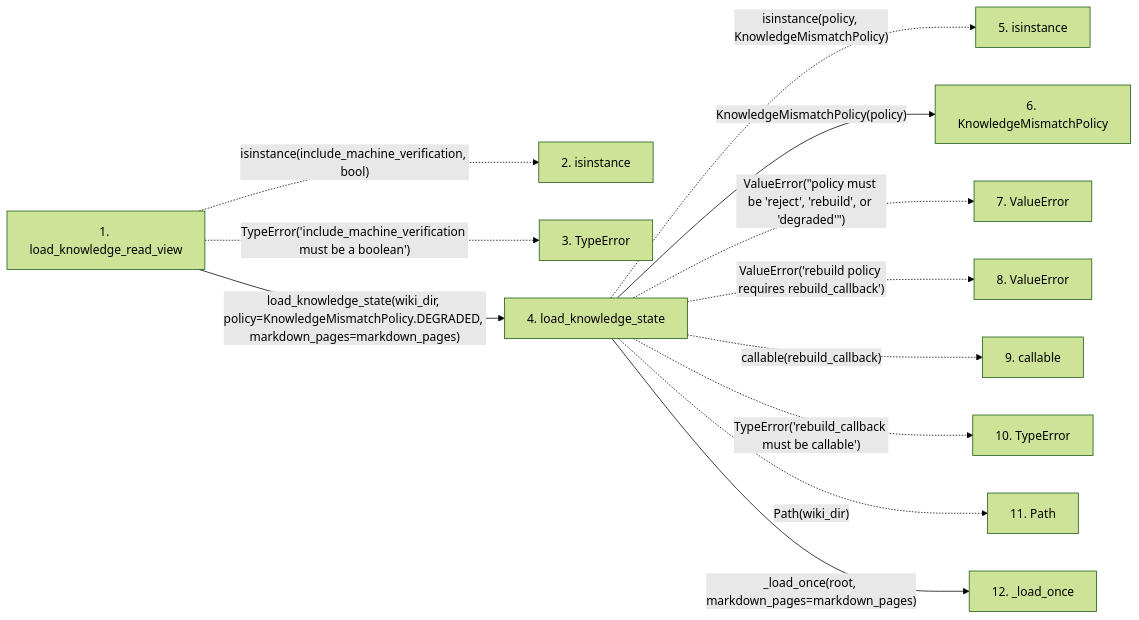
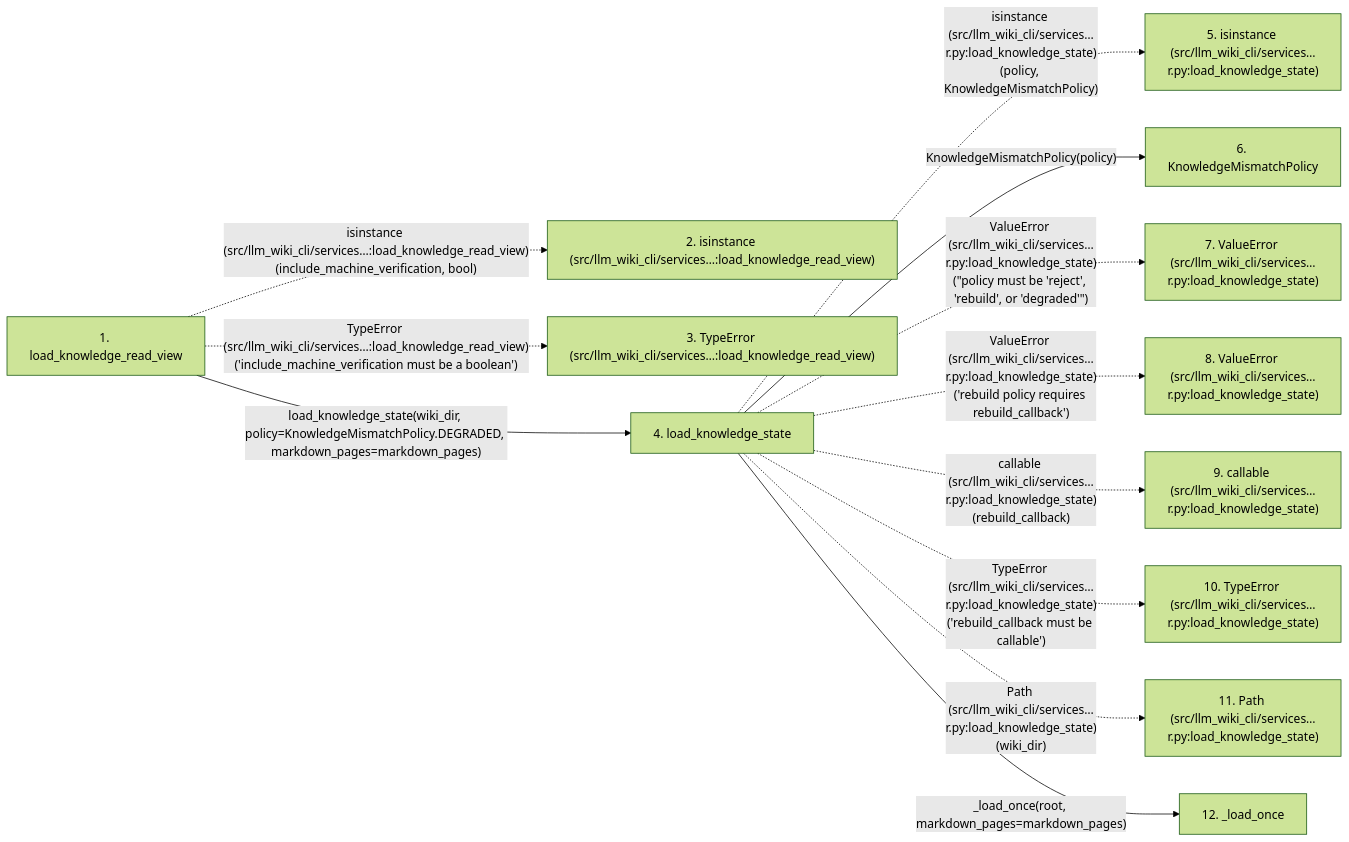
One commit to Denissvgn/python-wiki-llm changed the second of 2 diagrams in docs/llm_wiki/flows/api-load_knowledge_read_view.md. Above: the diagram before and after it, drawn with Mermaid (forest theme). The commit also changed other lines of this file and 719 other files, not shown here.

````diff
--- a/docs/llm_wiki/flows/api-load_knowledge_read_view.md
+++ b/docs/llm_wiki/flows/api-load_knowledge_read_view.md
@@ -96,30 +100,30 @@
 ```mermaid
 flowchart LR
     s1["1. load_knowledge_read_view"]
-    s2["2. isinstance"]
-    s3["3. TypeError"]
+    s2["2. isinstance (src/llm_wiki_cli/services…:load_knowledge_read_view)"]
+    s3["3. TypeError (src/llm_wiki_cli/services…:load_knowledge_read_view)"]
     s4["4. load_knowledge_state"]
-    s5["5. isinstance"]
+    s5["5. isinstance (src/llm_wiki_cli/services…r.py:load_knowledge_state)"]
     s6["6. KnowledgeMismatchPolicy"]
-    s7["7. ValueError"]
-    s8["8. ValueError"]
-    s9["9. callable"]
-    s10["10. TypeError"]
-    s11["11. Path"]
+    s7["7. ValueError (src/llm_wiki_cli/services…r.py:load_knowledge_state)"]
+    s8["8. ValueError (src/llm_wiki_cli/services…r.py:load_knowledge_state)"]
+    s9["9. callable (src/llm_wiki_cli/services…r.py:load_knowledge_state)"]
+    s10["10. TypeError (src/llm_wiki_cli/services…r.py:load_knowledge_state)"]
+    s11["11. Path (src/llm_wiki_cli/services…r.py:load_knowledge_state)"]
     s12["12. _load_once"]
-    s1 -. "isinstance(include_machine_verification, bool)" .-> s2
-    s1 -. "TypeError('include_machine_verification must be a boolean')" .-> s3
+    s1 -. "isinstance (src/llm_wiki_cli/services…:load_knowledge_read_view)(include_machine_verification, bool)" .-> s2
+    s1 -. "TypeError (src/llm_wiki_cli/services…:load_knowledge_read_view)('include_machine_verification must be a boolean')" .-> s3
     s1 -->|"load_knowledge_state(wiki_dir, policy=KnowledgeMismatchPolicy.DEGRADED, markdown_pages=markdown_pages)"| s4
-    s4 -. "isinstance(policy, KnowledgeMismatchPolicy)" .-> s5
+    s4 -. "isinstance (src/llm_wiki_cli/services…r.py:load_knowledge_state)(policy, KnowledgeMismatchPolicy)" .-> s5
     s4 -->|"KnowledgeMismatchPolicy(policy)"| s6
-    s4 -. "ValueError(#34;policy must be 'reject', 'rebuild', or 'degraded'#34;)" .-> s7
-    s4 -. "ValueError('rebuild policy requires rebuild_callback')" .-> s8
-    s4 -. "callable(rebuild_callback)" .-> s9
-    s4 -. "TypeError('rebuild_callback must be callable')" .-> s10
-    s4 -. "Path(wiki_dir)" .-> s11
+    s4 -. "ValueError (src/llm_wiki_cli/services…r.py:load_knowledge_state)(#34;policy must be 'reject', 'rebuild', or 'degraded'#34;)" .-> s7
+    s4 -. "ValueError (src/llm_wiki_cli/services…r.py:load_knowledge_state)('rebuild policy requires rebuild_callback')" .-> s8
+    s4 -. "callable (src/llm_wiki_cli/services…r.py:load_knowledge_state)(rebuild_callback)" .-> s9
+    s4 -. "TypeError (src/llm_wiki_cli/services…r.py:load_knowledge_state)('rebuild_callback must be callable')" .-> s10
+    s4 -. "Path (src/llm_wiki_cli/services…r.py:load_knowledge_state)(wiki_dir)" .-> s11
     s4 -->|"_load_once(root, markdown_pages=markdown_pages)"| s12
     click s1 "../modules/knowledge_consumption.md"
     click s4 "../modules/knowledge_loader.md"
     click s6 "../modules/knowledge_loader.md"
     click s12 "../modules/knowledge_loader.md"
 ```
````
